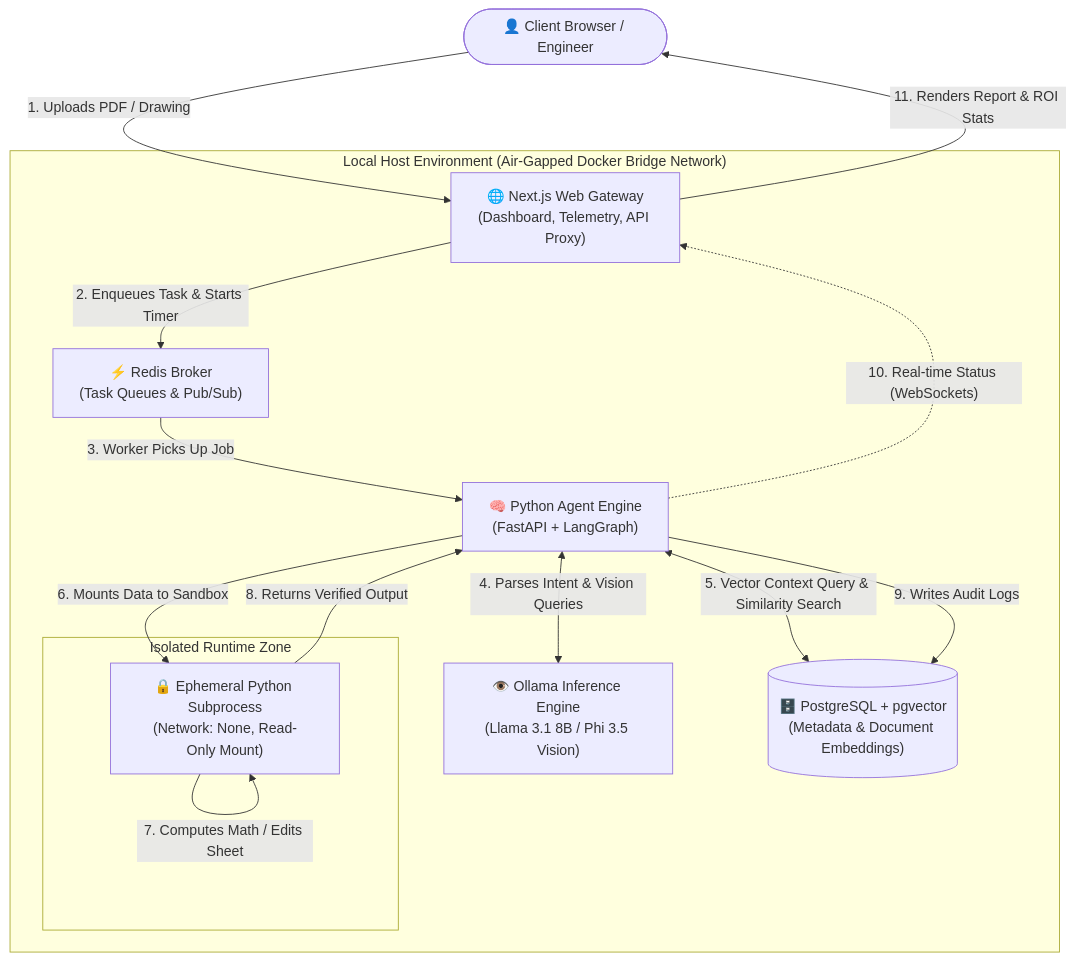
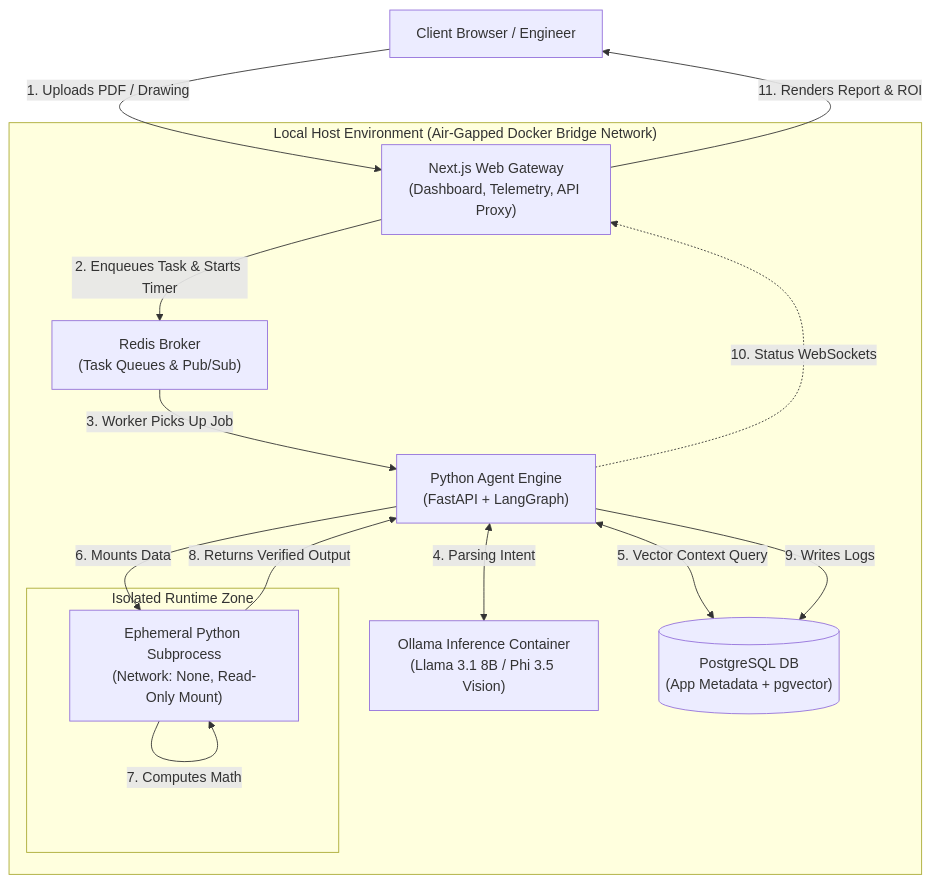
One commit to harshdhankhar12/Sovereign-On-Premise-Knowledge-Workbench-for-Confidential-Industrial-Operations changed the diagram in README.md. Above: the diagram before and after it, drawn with Mermaid. The commit also changed other lines of this file, not shown here.

````diff
--- a/README.md
+++ b/README.md
@@ -55,28 +55,28 @@
 ```mermaid
 flowchart TD
-    User(["👤 Client Browser / Engineer"])
+    User["Client Browser / Engineer"]
 
     subgraph Local_Host ["Local Host Environment (Air-Gapped Docker Bridge Network)"]
-        NextJS["🌐 Next.js Web Gateway\n(Dashboard, Telemetry, API Proxy)"]
-        Redis["⚡ Redis Broker\n(Task Queues & Pub/Sub)"]
-        FastAPI["🧠 Python Agent Engine\n(FastAPI + LangGraph)"]
-        Ollama["👁️ Ollama Inference Engine\n(Llama 3.1 8B / Phi 3.5 Vision)"]
-        PG[("🗄️ PostgreSQL + pgvector\n(Metadata & Document Embeddings)")]
+        NextJS["Next.js Web Gateway\n(Dashboard, Telemetry, API Proxy)"]
+        Redis["Redis Broker\n(Task Queues & Pub/Sub)"]
+        FastAPI["Python Agent Engine\n(FastAPI + LangGraph)"]
+        Ollama["Ollama Inference Container\n(Llama 3.1 8B / Phi 3.5 Vision)"]
+        PG[("PostgreSQL DB\n(App Metadata + pgvector)")]
         
         subgraph Sandbox ["Isolated Runtime Zone"]
-            CodeSandbox["🔒 Ephemeral Python Subprocess\n(Network: None, Read-Only Mount)"]
+            CodeSandbox["Ephemeral Python Subprocess\n(Network: None, Read-Only Mount)"]
         end
     end
 
     User -->|"1. Uploads PDF / Drawing"| NextJS
     NextJS -->|"2. Enqueues Task & Starts Timer"| Redis
     Redis -->|"3. Worker Picks Up Job"| FastAPI
-    FastAPI <-->|"4. Parses Intent & Vision Queries"| Ollama
-    FastAPI <-->|"5. Vector Context Query & Similarity Search"| PG
-    FastAPI -->|"6. Mounts Data to Sandbox"| CodeSandbox
-    CodeSandbox -->|"7. Computes Math / Edits Sheet"| CodeSandbox
+    FastAPI <-->|"4. Parsing Intent"| Ollama
+    FastAPI <-->|"5. Vector Context Query"| PG
+    FastAPI -->|"6. Mounts Data"| CodeSandbox
+    CodeSandbox -->|"7. Computes Math"| CodeSandbox
     CodeSandbox -->|"8. Returns Verified Output"| FastAPI
-    FastAPI -->|"9. Writes Audit Logs"| PG
-    FastAPI -.->|"10. Real-time Status (WebSockets)"| NextJS
-    NextJS -->|"11. Renders Report & ROI Stats"| User
+    FastAPI -->|"9. Writes Logs"| PG
+    FastAPI -.->|"10. Status WebSockets"| NextJS
+    NextJS -->|"11. Renders Report & ROI"| User
 ```
````
